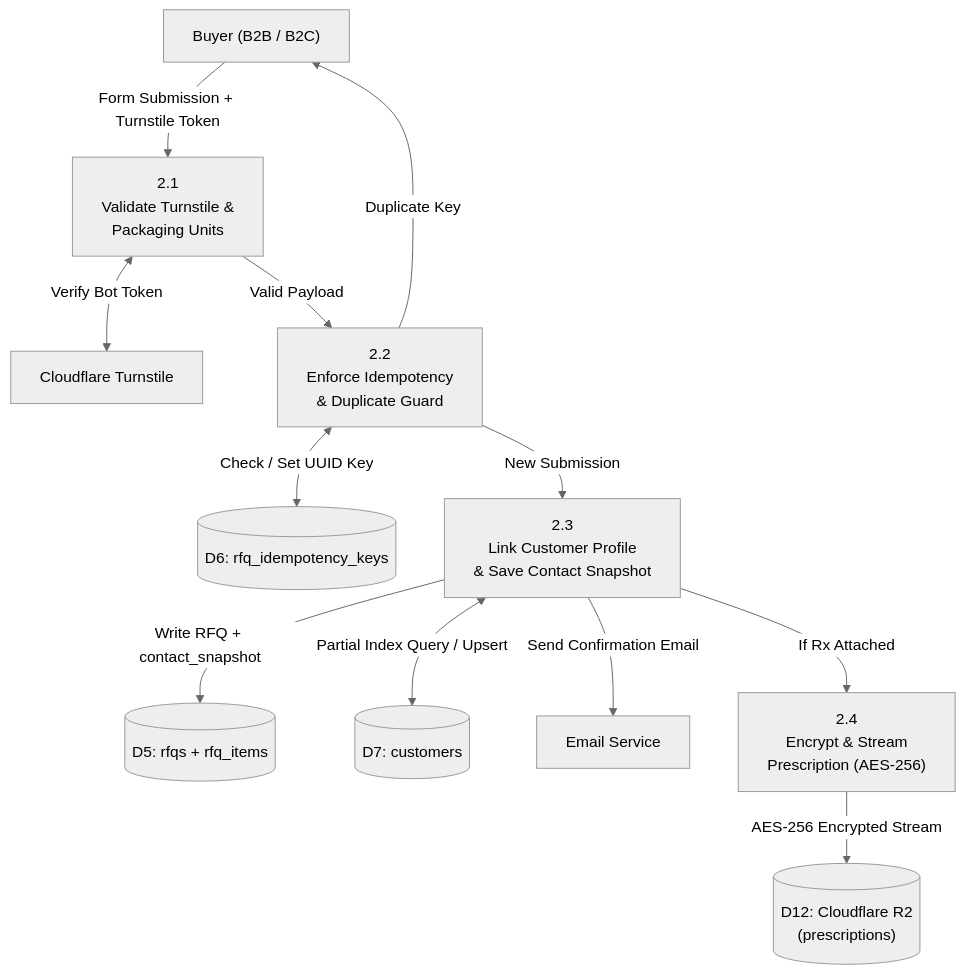
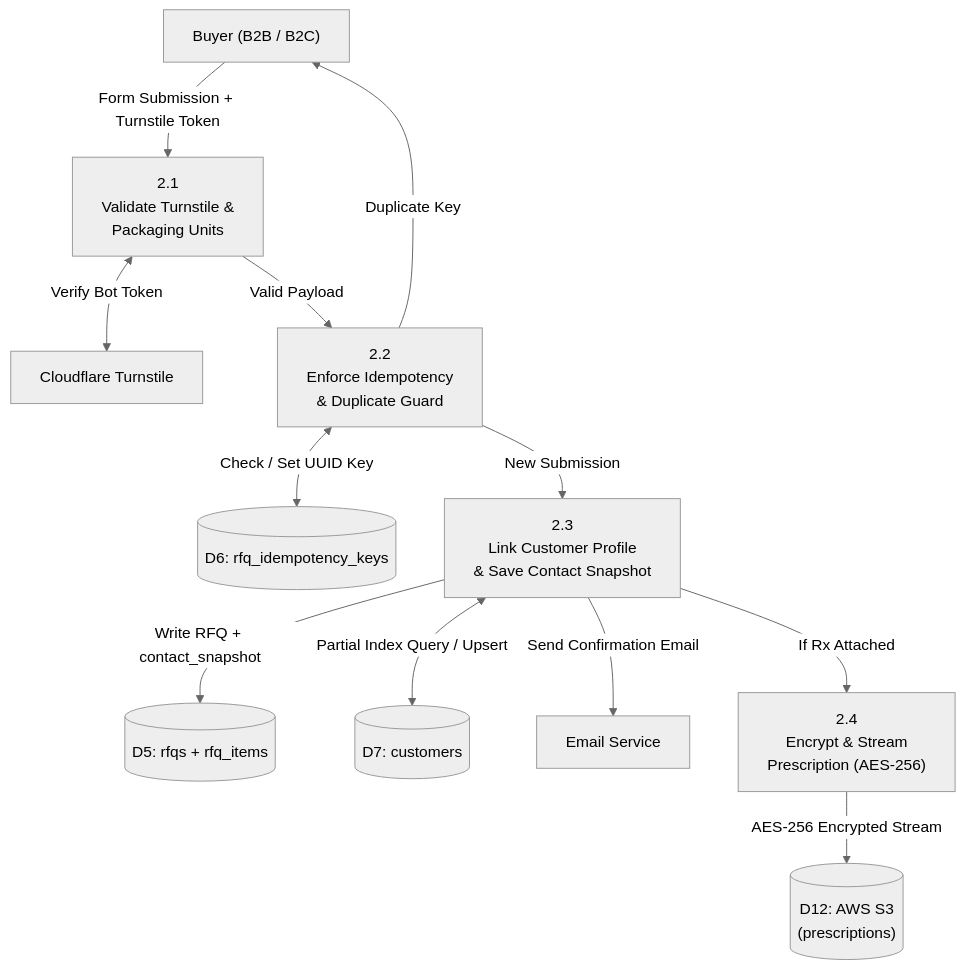
The third of 5 diagrams in Docs/DFD.md (Nayeem2647/MedAxis-Global-Pharma), drawn with Mermaid (neutral theme) before and after one commit. The commit also changed other lines of this file and 128 other files, not shown here.

````diff
--- a/Docs/DFD.md
+++ b/Docs/DFD.md
@@ -443,36 +443,36 @@
 ```mermaid
 flowchart TD
     BUYER["Buyer (B2B / B2C)"]
     CF["Cloudflare Turnstile"]
     D5[("D5: rfqs + rfq_items")]
     D6[("D6: rfq_idempotency_keys")]
     D7[("D7: customers")]
-    D12[("D12: Cloudflare R2
+    D12[("D12: AWS S3
 (prescriptions)")]
     EMAIL_SVC["Email Service"]
 
     P21["2.1
 Validate Turnstile &
 Packaging Units"]
     P22["2.2
 Enforce Idempotency
 & Duplicate Guard"]
     P23["2.3
 Link Customer Profile
 & Save Contact Snapshot"]
     P24["2.4
 Encrypt & Stream
 Prescription (AES-256)"]
 
     BUYER -->|Form Submission + Turnstile Token| P21
     P21 <-->|Verify Bot Token| CF
     P21 -->|Valid Payload| P22
     P22 <-->|Check / Set UUID Key| D6
     P22 -->|Duplicate Key| BUYER
     P22 -->|New Submission| P23
     P23 <-->|Partial Index Query / Upsert| D7
     P23 -->|Write RFQ + contact_snapshot| D5
     P23 -->|If Rx Attached| P24
     P24 -->|AES-256 Encrypted Stream| D12
     P23 -->|Send Confirmation Email| EMAIL_SVC
 ```
````
